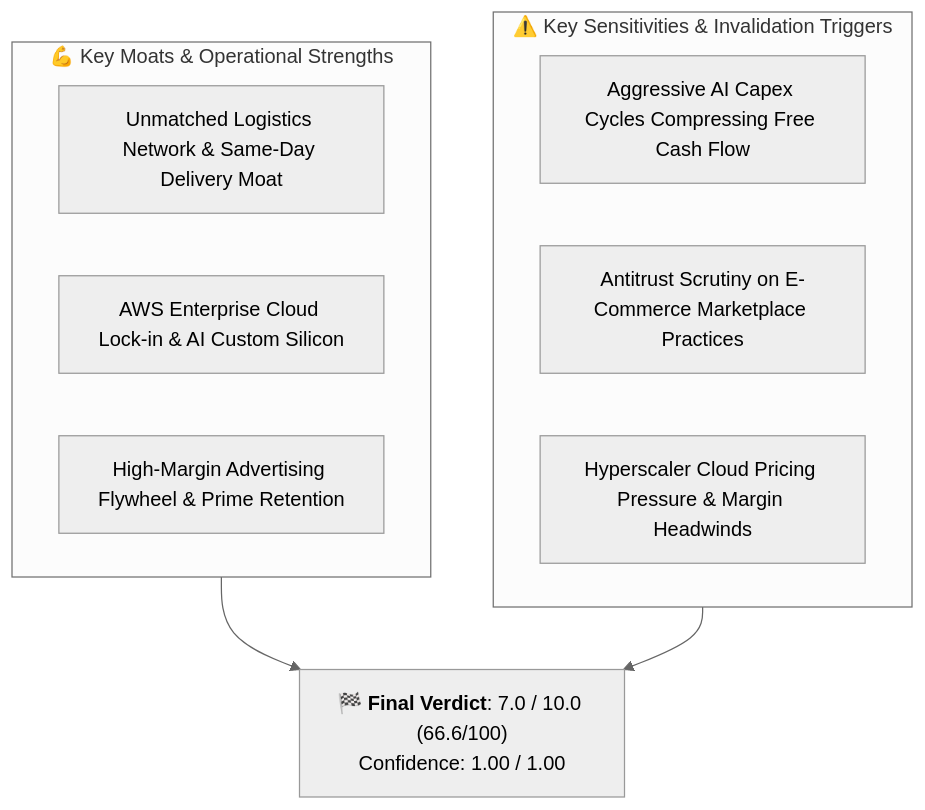
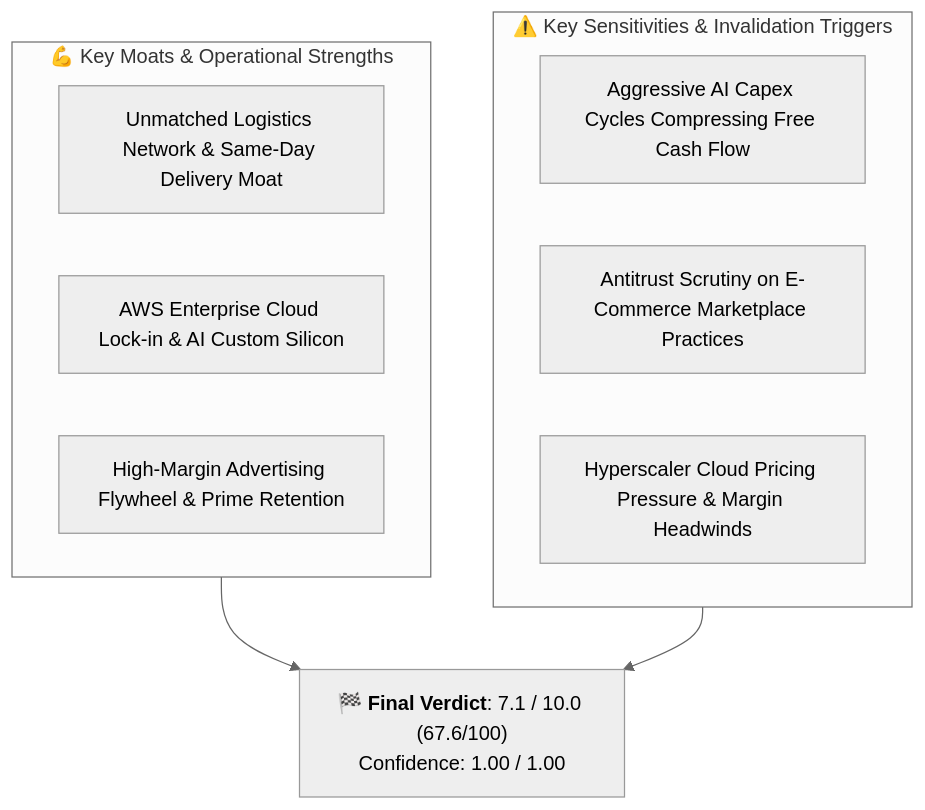
Before and after one commit to drmohammadzadeh/StockMarketAnalyzer: the second of 2 diagrams in research/AMZN/README.md, drawn with Mermaid (neutral theme). The commit also changed other lines of this file and 29 other files, not shown here.

Commit message:
feat: complete visual chart suite generation for AMZN and AAPL

````diff
--- a/research/AMZN/README.md
+++ b/research/AMZN/README.md
@@ -91,15 +111,15 @@
 ```mermaid
 flowchart TD
     subgraph Strengths["💪 Key Moats & Operational Strengths"]
         S1["Unmatched Logistics Network & Same-Day Delivery Moat"]
         S2["AWS Enterprise Cloud Lock-in & AI Custom Silicon"]
         S3["High-Margin Advertising Flywheel & Prime Retention"]
     end
     subgraph Risks["⚠️ Key Sensitivities & Invalidation Triggers"]
         R1["Aggressive AI Capex Cycles Compressing Free Cash Flow"]
         R2["Antitrust Scrutiny on E-Commerce Marketplace Practices"]
         R3["Hyperscaler Cloud Pricing Pressure & Margin Headwinds"]
     end
-    Strengths --> Summary["🏁 <b>Final Verdict</b>: 7.0 / 10.0 (66.6/100)<br/>Confidence: 1.00 / 1.00"]
+    Strengths --> Summary["🏁 <b>Final Verdict</b>: 7.1 / 10.0 (67.6/100)<br/>Confidence: 1.00 / 1.00"]
     Risks --> Summary
 ```
````
